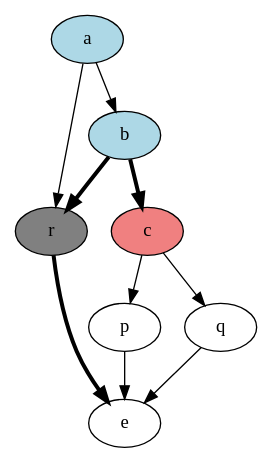
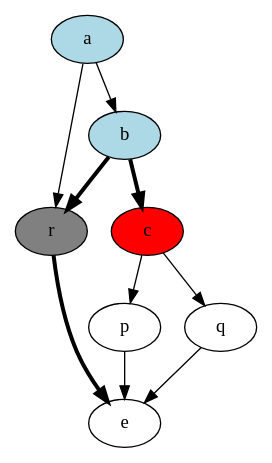
Before and after one commit to jokva/talks: the diagram in theory-makes-beautiful-programs/fig6-5.dot, drawn with Graphviz. The commit also changed 13 other files, not shown here.

```diff
--- a/theory-makes-beautiful-programs/fig6-5.dot
+++ b/theory-makes-beautiful-programs/fig6-5.dot
@@ -1,18 +1,21 @@
 digraph {
     a [style = filled, fillcolor = lightblue];
     b [style = filled, fillcolor = lightblue];
 
     r [style = filled, fillcolor = gray];
 
-    c [style = filled, fillcolor = lightcoral];
+    c [
+        fillcolor = red,
+        style = filled,
+    ];
 
     a -> b [];
     a -> r [];
     b -> c [penwidth = 3];
     b -> r [penwidth = 3];
     c -> p [];
     c -> q [];
     p -> e [];
     q -> e [];
     r -> e [penwidth = 3];
 }
```
